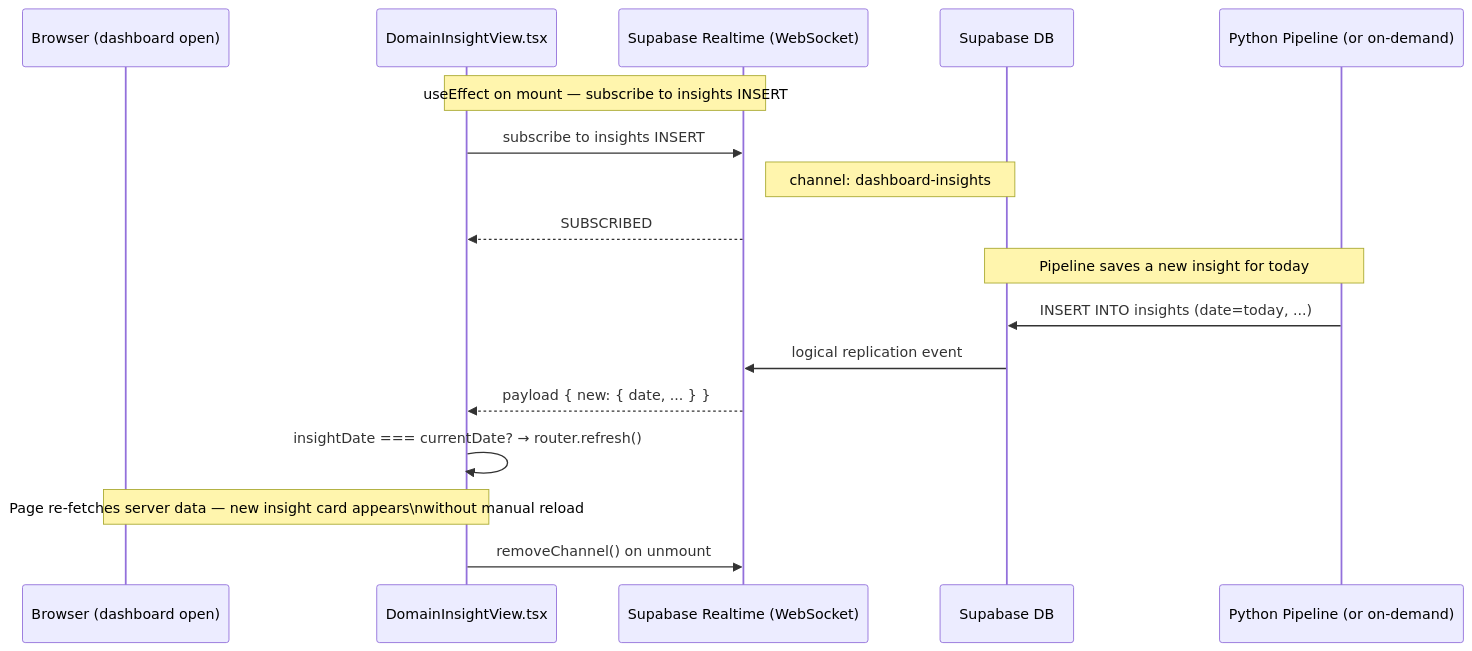
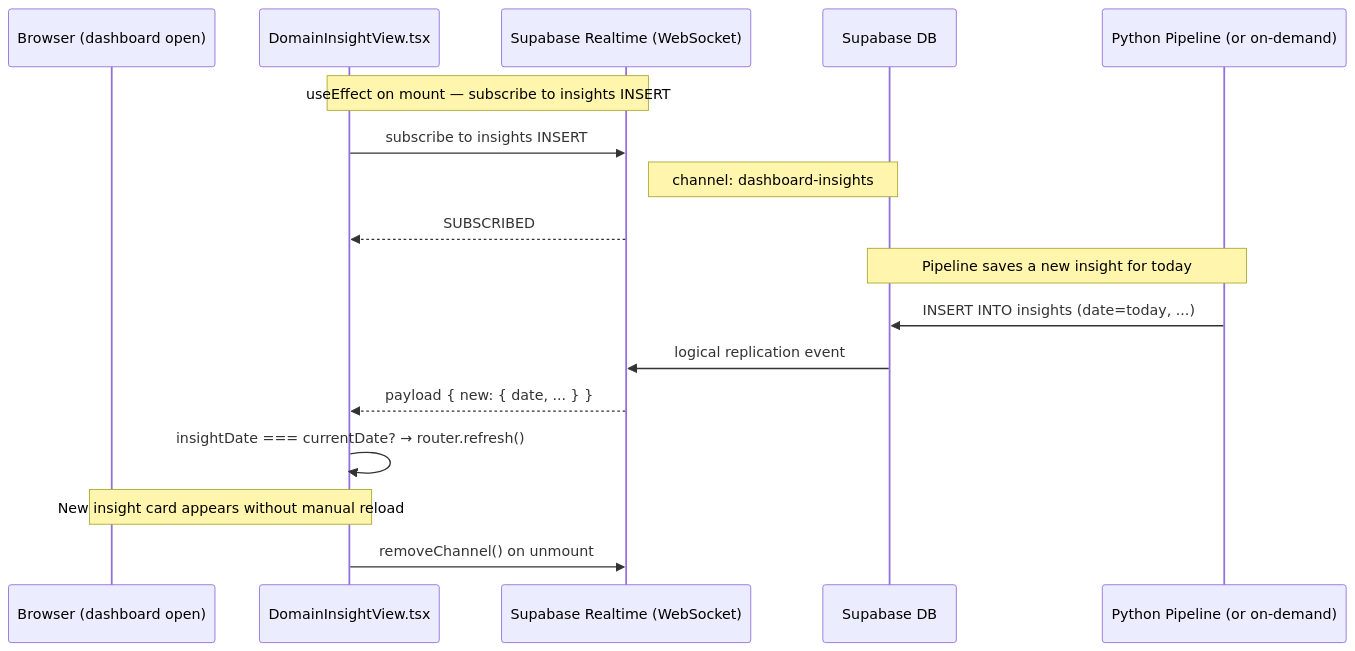
One commit to vtghub/PodcastsSummarizer changed diagram 17 of 17 in docs/request-workflow.md. Above: the diagram before and after it, drawn with Mermaid. The commit also changed other lines of this file, not shown here.

First line of the commit message:
fix: resolve Mermaid parse errors in request-workflow diagrams

````diff
--- a/docs/request-workflow.md
+++ b/docs/request-workflow.md
@@ -554,21 +553,21 @@
 ```mermaid
 sequenceDiagram
     participant B as Browser (dashboard open)
     participant DIV as DomainInsightView.tsx
     participant RT as Supabase Realtime (WebSocket)
     participant DB as Supabase DB
     participant PY as Python Pipeline (or on-demand)
 
     Note over DIV,RT: useEffect on mount — subscribe to insights INSERT
     DIV->>RT: subscribe to insights INSERT
     Note right of RT: channel: dashboard-insights
     RT-->>DIV: SUBSCRIBED
 
     Note over PY,DB: Pipeline saves a new insight for today
     PY->>DB: INSERT INTO insights (date=today, ...)
     DB->>RT: logical replication event
     RT-->>DIV: payload { new: { date, ... } }
     DIV->>DIV: insightDate === currentDate? → router.refresh()
-    Note over B,DIV: Page re-fetches server data — new insight card appears\nwithout manual reload
+    Note over B,DIV: New insight card appears without manual reload
     DIV->>RT: removeChannel() on unmount
 ```
````
